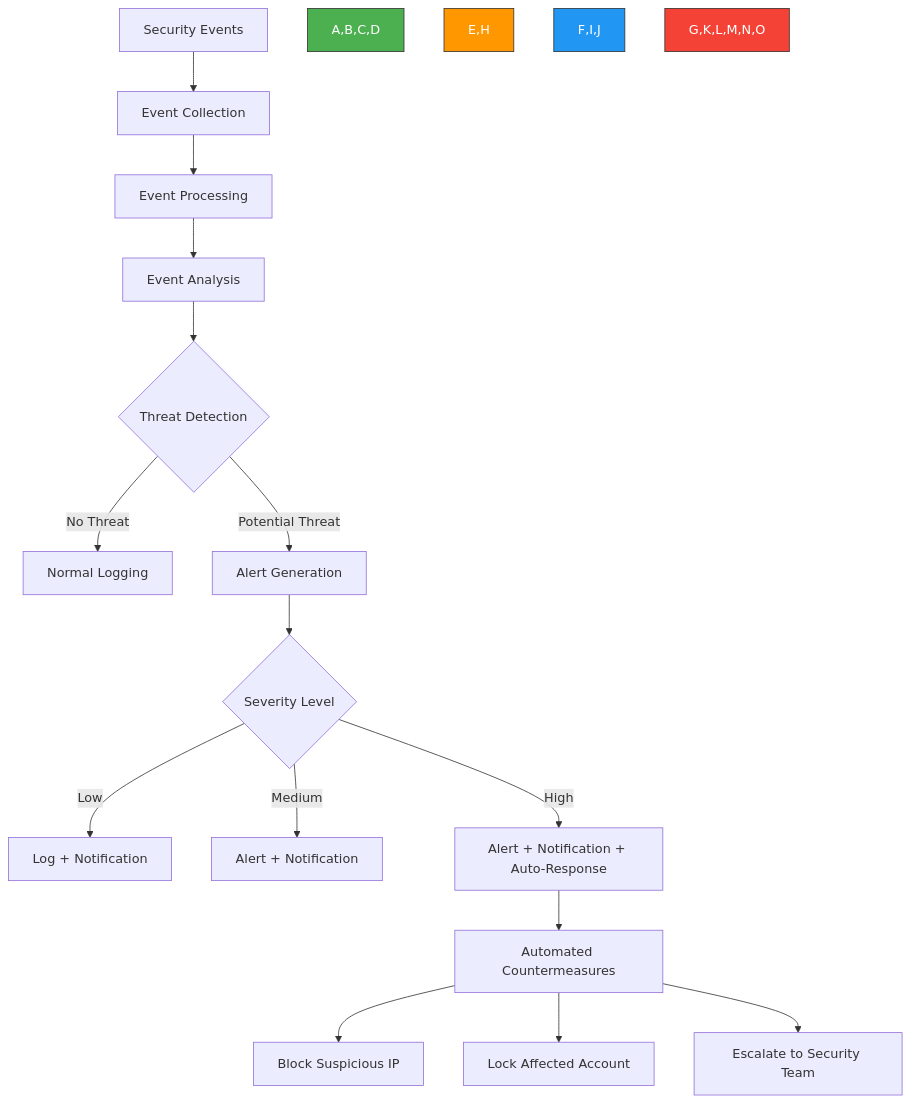
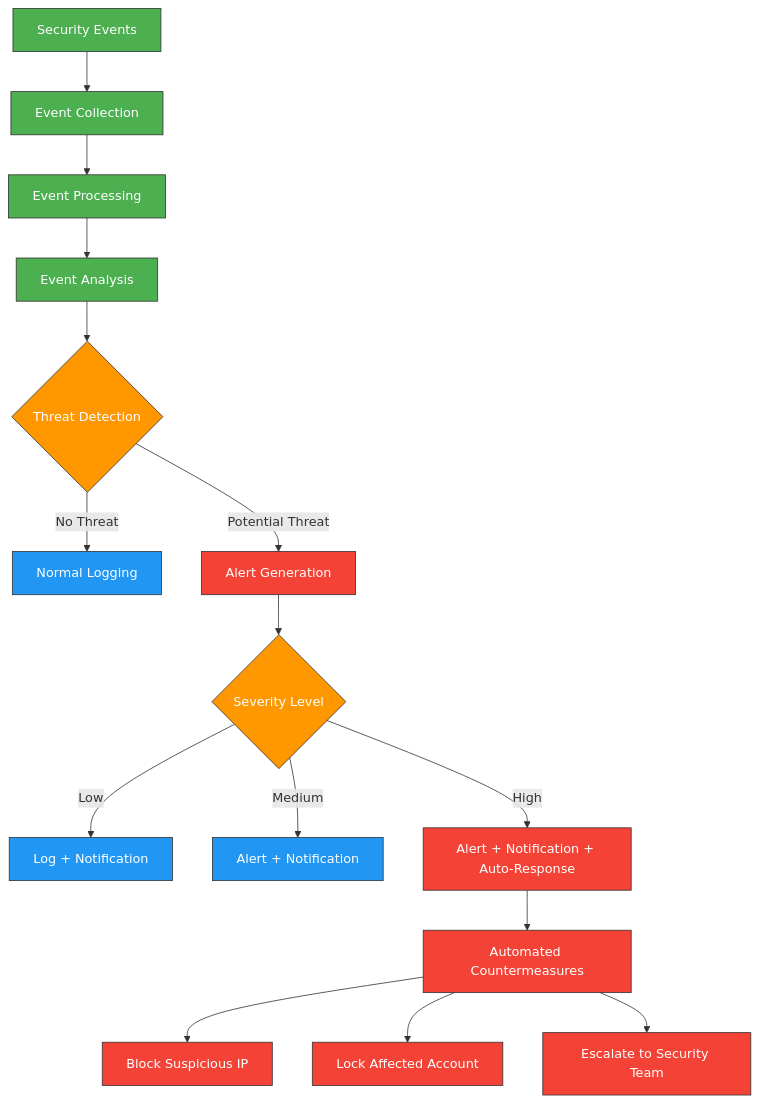
One commit to TuPhung369/Haaga_Backend_Programming changed the eighth of 8 diagrams in TuPhung_Docs/docs/backend/auth.md. Above: the diagram before and after it, drawn with Mermaid. The commit also changed other lines of this file and 25 other files, not shown here.

````diff
--- a/TuPhung_Docs/docs/backend/auth.md
+++ b/TuPhung_Docs/docs/backend/auth.md
@@ -311,25 +326,30 @@
 ```mermaid
 flowchart TD
     A[Security Events] --> B[Event Collection]
     B --> C[Event Processing]
     C --> D[Event Analysis]
     
     D --> E{Threat Detection}
     E -->|No Threat| F[Normal Logging]
     E -->|Potential Threat| G[Alert Generation]
     
     G --> H{Severity Level}
     H -->|Low| I[Log + Notification]
     H -->|Medium| J[Alert + Notification]
     H -->|High| K[Alert + Notification + Auto-Response]
     
     K --> L[Automated Countermeasures]
     L --> M[Block Suspicious IP]
     L --> N[Lock Affected Account]
     L --> O[Escalate to Security Team]
     
-    style A,B,C,D fill:#4CAF50,stroke:#333,stroke-width:1px,color:#fff
-    style E,H fill:#FF9800,stroke:#333,stroke-width:1px,color:#fff
-    style F,I,J fill:#2196F3,stroke:#333,stroke-width:1px,color:#fff
-    style G,K,L,M,N,O fill:#F44336,stroke:#333,stroke-width:1px,color:#fff
+    classDef monitoringSteps fill:#4CAF50,stroke:#333,stroke-width:1px,color:#fff
+    classDef decisionPoints fill:#FF9800,stroke:#333,stroke-width:1px,color:#fff
+    classDef normalActions fill:#2196F3,stroke:#333,stroke-width:1px,color:#fff
+    classDef securityActions fill:#F44336,stroke:#333,stroke-width:1px,color:#fff
+    
+    class A,B,C,D monitoringSteps
+    class E,H decisionPoints
+    class F,I,J normalActions
+    class G,K,L,M,N,O securityActions
 ```
````
